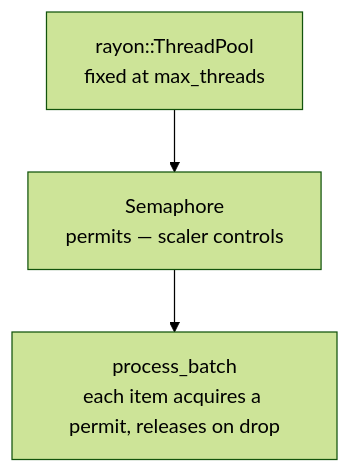
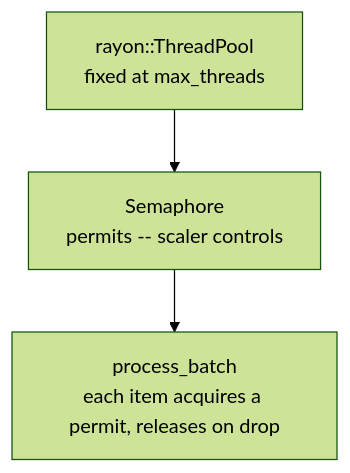
One commit to hyperi-io/scalo-rs changed the diagram in docs/pipeline/worker-pool.md. Above: the diagram before and after it, drawn with Mermaid (forest theme). The commit also changed other lines of this file and 30 other files, not shown here.

````diff
--- a/docs/pipeline/worker-pool.md
+++ b/docs/pipeline/worker-pool.md
@@ -39,7 +39,7 @@
 ```mermaid
 flowchart TB
     Pool["rayon::ThreadPool<br/>fixed at max_threads"]
-    Sem["Semaphore<br/>permits — scaler controls"]
+    Sem["Semaphore<br/>permits -- scaler controls"]
     Batch["process_batch<br/>each item acquires a permit, releases on drop"]
     Pool --> Sem --> Batch
 ```
````
